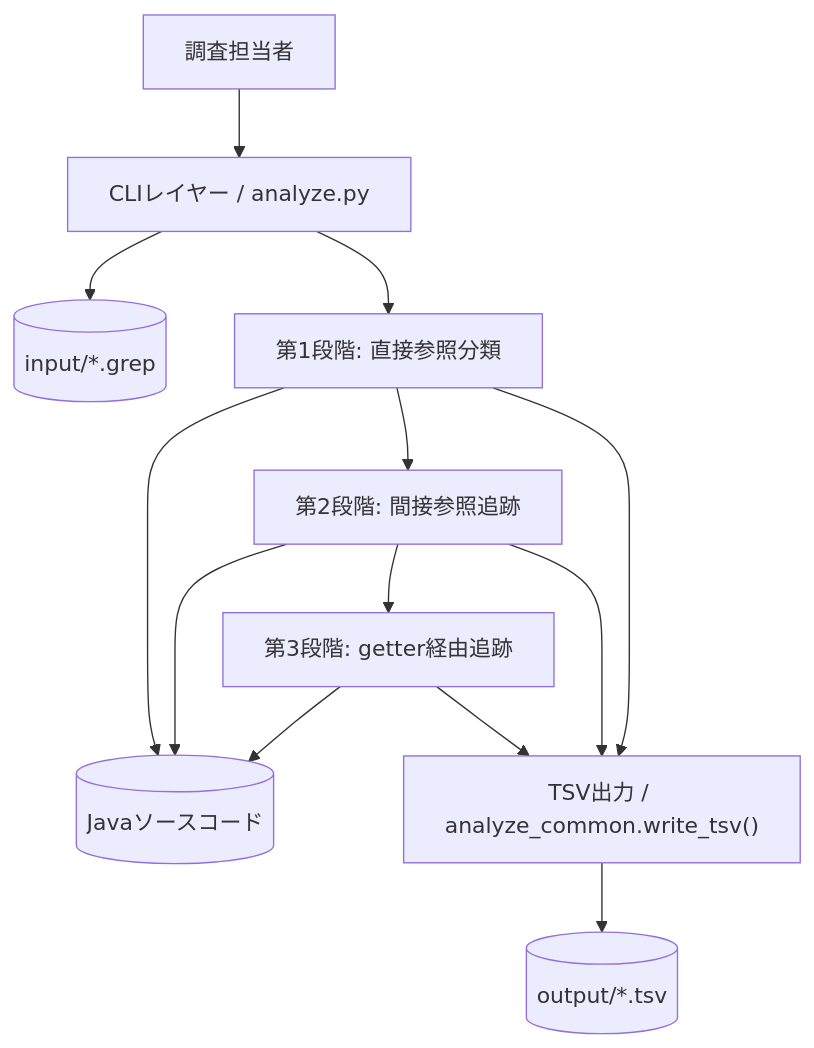
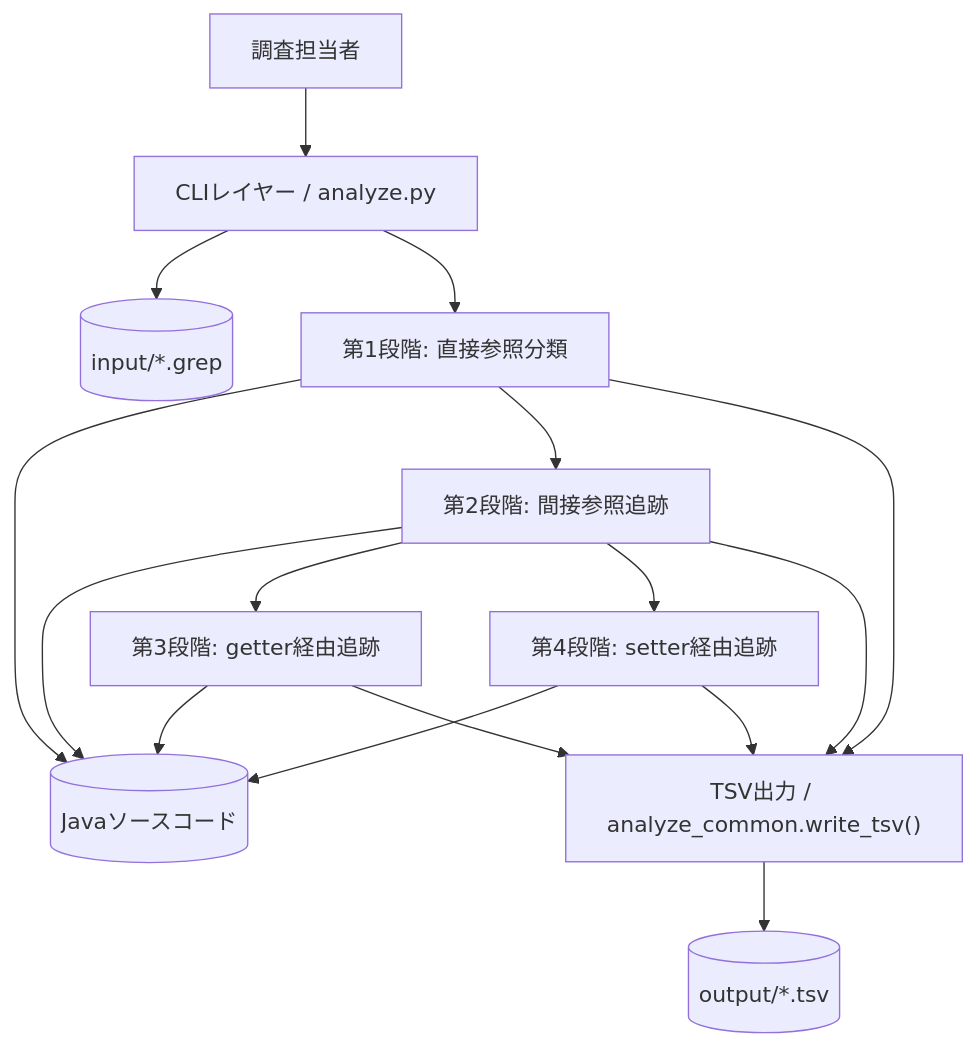
One commit to AkiraIsozaki/grep_helper_superpowers changed the first of 5 diagrams in docs/functional-design.md. Above: the diagram before and after it, drawn with Mermaid. The commit also changed other lines of this file and 1 other file, not shown here.

````diff
--- a/docs/functional-design.md
+++ b/docs/functional-design.md
@@ -7,25 +7,29 @@
 ```mermaid
 graph TB
     User[調査担当者]
     CLI["CLIレイヤー / analyze.py"]
     Stage1[第1段階: 直接参照分類]
     Stage2[第2段階: 間接参照追跡]
     Stage3[第3段階: getter経由追跡]
+    Stage4[第4段階: setter経由追跡]
     Output["TSV出力 / analyze_common.write_tsv()"]
     GrepFiles[("input/*.grep")]
     JavaSrc[("Javaソースコード")]
     TSVFiles[("output/*.tsv")]
 
     User --> CLI
     CLI --> GrepFiles
     CLI --> Stage1
     Stage1 --> JavaSrc
     Stage1 --> Stage2
     Stage2 --> JavaSrc
     Stage2 --> Stage3
+    Stage2 --> Stage4
     Stage3 --> JavaSrc
+    Stage4 --> JavaSrc
     Stage1 --> Output
     Stage2 --> Output
     Stage3 --> Output
+    Stage4 --> Output
     Output --> TSVFiles
 ```
````
